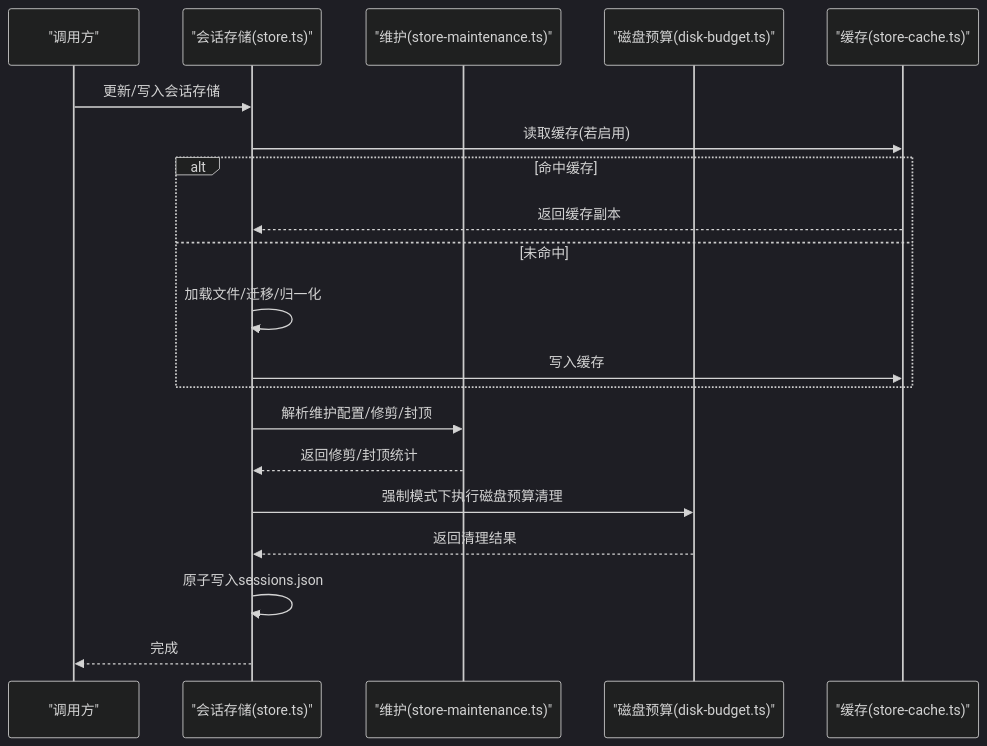
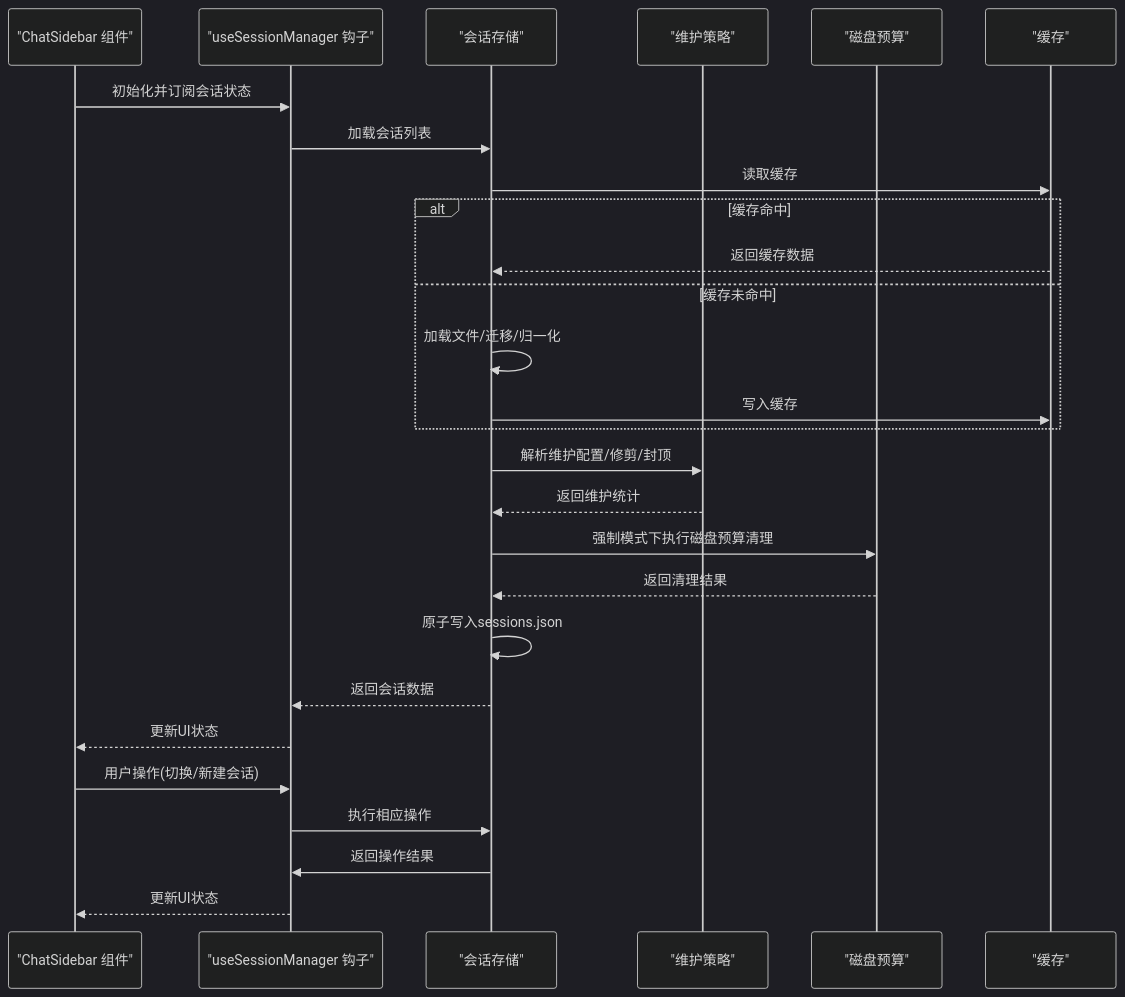
The second of 12 diagrams in .qoder/repowiki/zh/content/核心概念/会话管理.md (verse-ai-org/openclaw), drawn with Mermaid (dark theme) before and after one commit. The commit also changed other lines of this file and 46 other files, not shown here.

````diff
--- a/.qoder/repowiki/zh/content/核心概念/会话管理.md
+++ b/.qoder/repowiki/zh/content/核心概念/会话管理.md
@@ -154,22 +183,29 @@
 ```mermaid
 sequenceDiagram
-participant Caller as "调用方"
-participant Store as "会话存储(store.ts)"
-participant Maint as "维护(store-maintenance.ts)"
-participant Disk as "磁盘预算(disk-budget.ts)"
-participant Cache as "缓存(store-cache.ts)"
-Caller->>Store : 更新/写入会话存储
-Store->>Cache : 读取缓存(若启用)
-alt 命中缓存
-Cache-->>Store : 返回缓存副本
-else 未命中
+participant UI as "ChatSidebar 组件"
+participant Hook as "useSessionManager 钩子"
+participant Store as "会话存储"
+participant Maint as "维护策略"
+participant Disk as "磁盘预算"
+participant Cache as "缓存"
+UI->>Hook : 初始化并订阅会话状态
+Hook->>Store : 加载会话列表
+Store->>Cache : 读取缓存
+alt 缓存命中
+Cache-->>Store : 返回缓存数据
+else 缓存未命中
 Store->>Store : 加载文件/迁移/归一化
 Store->>Cache : 写入缓存
 end
 Store->>Maint : 解析维护配置/修剪/封顶
-Maint-->>Store : 返回修剪/封顶统计
+Maint-->>Store : 返回维护统计
 Store->>Disk : 强制模式下执行磁盘预算清理
 Disk-->>Store : 返回清理结果
 Store->>Store : 原子写入sessions.json
-Store-->>Caller : 完成
+Store-->>Hook : 返回会话数据
+Hook-->>UI : 更新UI状态
+UI->>Hook : 用户操作(切换/新建会话)
+Hook->>Store : 执行相应操作
+Store->>Hook : 返回操作结果
+Hook-->>UI : 更新UI状态
 ```
````
